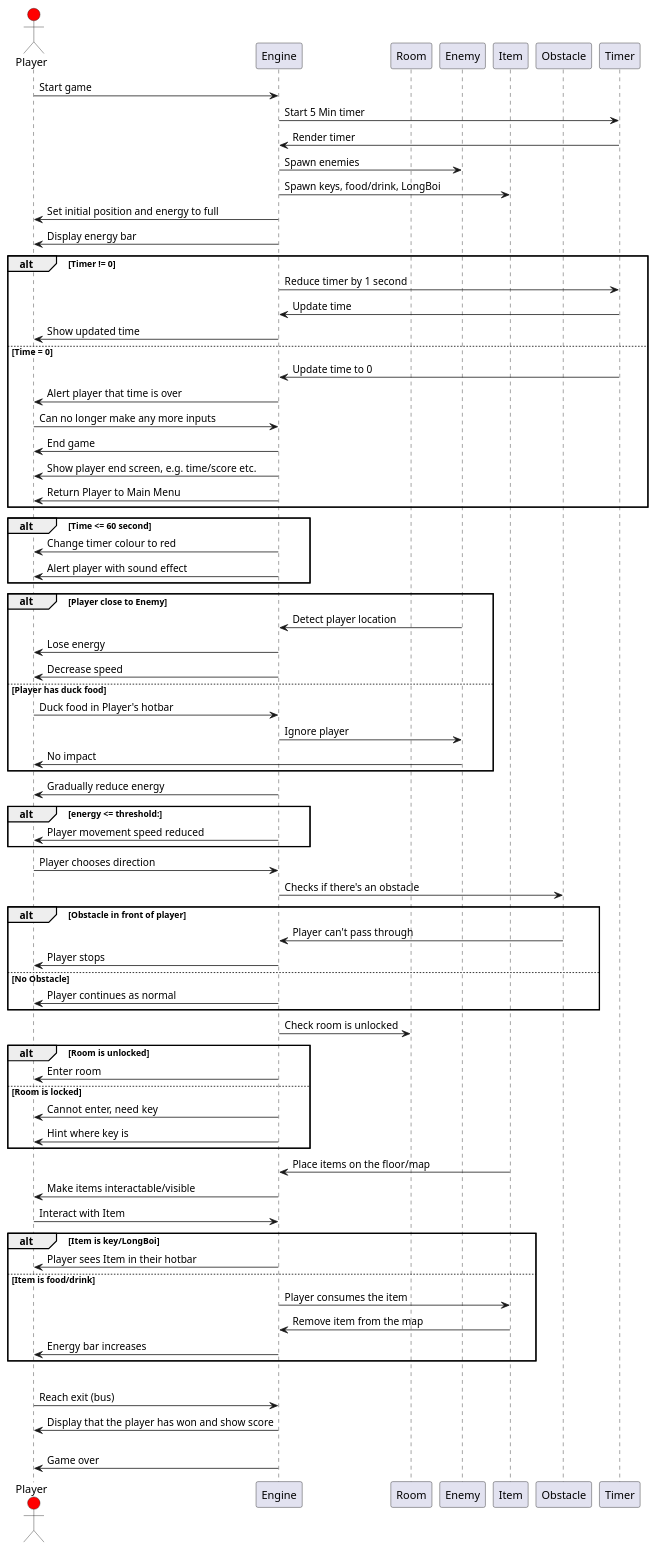
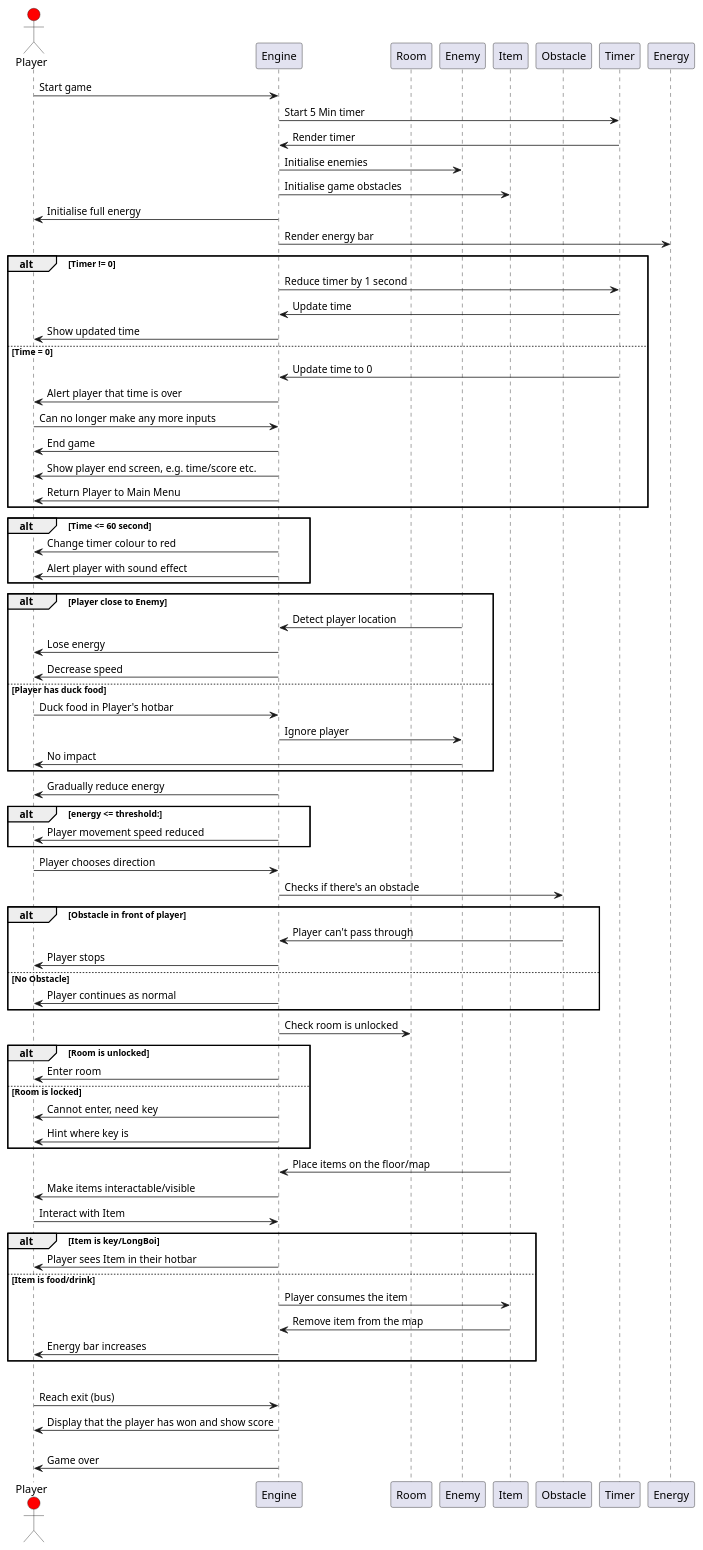
Before and after one commit to WHALES-ENG1/WHALES-Assets: the diagram in Architecture/structuralMain.puml, drawn with PlantUML.

Commit message:
Energy clarification

```diff
--- a/Architecture/structuralMain.puml
+++ b/Architecture/structuralMain.puml
@@ -1,142 +1,141 @@
 @startuml structuralDiagram
 
 'separate diagram for main menu? i.e. settings leaderboard'
 
 'participants: player, room, engine, goose'
 'sequence diagram - mainly decisions'
 
 actor Player #Red
 participant Engine
 participant Room
 participant Enemy
 participant Item
 participant Obstacle
 participant Timer
 
 
 'start of the game'
 
 Player -> Engine: Start game
 Engine -> Timer: Start 5 Min timer
 Timer -> Engine: Render timer
 
 
 'creation of the maze
 
-Engine -> Enemy: Spawn enemies
-Engine -> Item: Spawn keys, food/drink, LongBoi
-Engine -> Player: Set initial position and energy to full
-Engine -> Player: Display energy bar
-
+Engine -> Enemy: Initialise enemies
+Engine -> Item: Initialise game obstacles
+Engine -> Player: Initialise full energy
+Engine -> Energy: Render energy bar
 
 'timer:'
 
 alt Timer != 0
     Engine -> Timer: Reduce timer by 1 second
     Timer -> Engine: Update time
     Engine -> Player: Show updated time
 
 else Time = 0
 
     'make more detailed - i.e if the player has won or not:'
     'also add colour changes for important times, e.g. 1 min left'
 
     Timer -> Engine: Update time to 0
     Engine -> Player: Alert player that time is over
     Player -> Engine: Can no longer make any more inputs
     Engine -> Player: End game
     Engine -> Player: Show player end screen, e.g. time/score etc.
     Engine -> Player: Return Player to Main Menu
 
 end
 
 alt Time <= 60 second
     Engine -> Player: Change timer colour to red
     Engine -> Player: Alert player with sound effect
 
 end
 
 
 'goose (enemy):'
 
 alt Player close to Enemy
     Enemy -> Engine: Detect player location
     Engine -> Player: Lose energy
     Engine -> Player: Decrease speed
 
 else Player has duck food
     Player -> Engine: Duck food in Player's hotbar
     Engine -> Enemy: Ignore player
     Enemy -> Player: No impact
 
 end
 
 
 'energy system'
 
 Engine -> Player: Gradually reduce energy
 
 alt energy <= threshold:
     Engine -> Player: Player movement speed reduced
 
 end
 
 
 'player movement:'
 
 Player -> Engine: Player chooses direction
 Engine -> Obstacle: Checks if there's an obstacle
 
 alt Obstacle in front of player
     Obstacle -> Engine: Player can't pass through
     Engine -> Player: Player stops
 
 else No Obstacle
     Engine -> Player: Player continues as normal
 
 end
 
 
 'rooms/doors
 
 Engine -> Room: Check room is unlocked
 
 alt Room is unlocked
     Engine -> Player: Enter room
 
 else Room is locked
     Engine -> Player: Cannot enter, need key
     Engine -> Player: Hint where key is
 
 end
 
 
 'items:'
 
 Item -> Engine: Place items on the floor/map
 Engine -> Player: Make items interactable/visible
 
 Player -> Engine: Interact with Item
 
 alt Item is key/LongBoi
     Engine -> Player: Player sees Item in their hotbar
 
 else Item is food/drink
     Engine -> Item: Player consumes the item
     Item -> Engine: Remove item from the map
     Engine -> Player: Energy bar increases
 
 end
 
 
 'player wins the game (longboi is returned and make the bus):'
 
 alt Player has LongBoi and Time != 0
     Player -> Engine: Reach exit (bus)
     Engine -> Player: Display that the player has won and show score
 
 else Player doesn't have LongBoi or time = 0
     Engine -> Player: Game over
 
 
 @enduml
```
